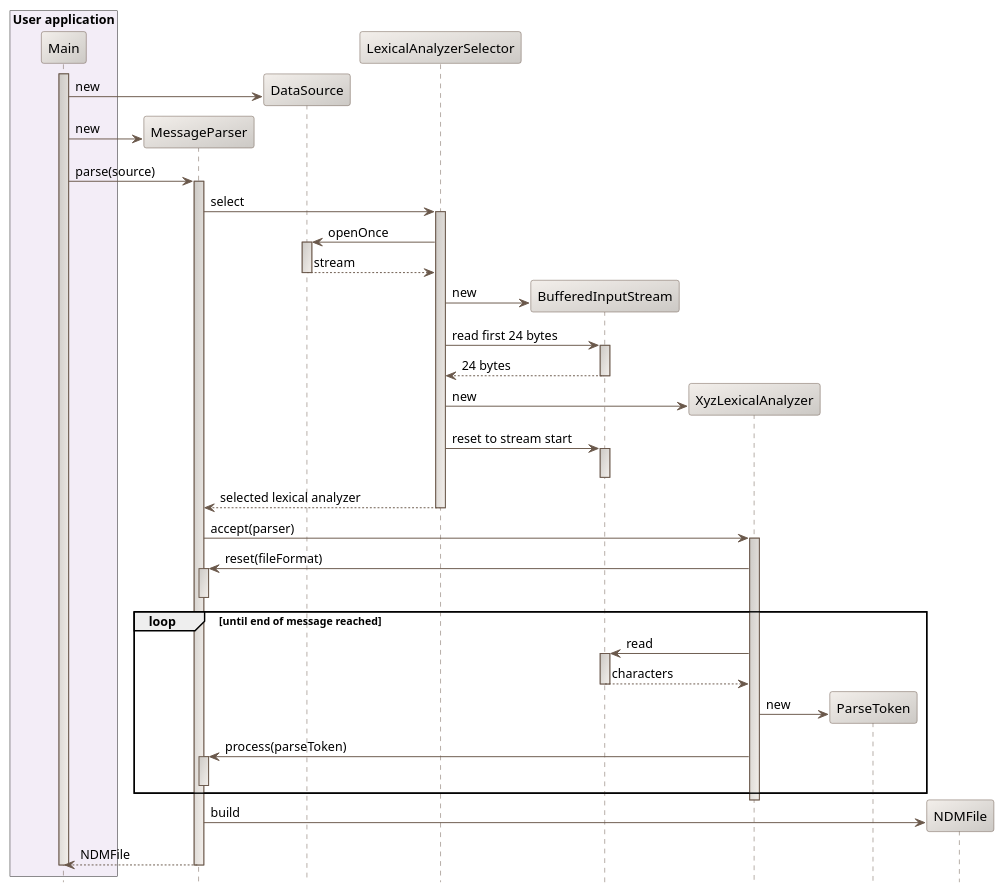
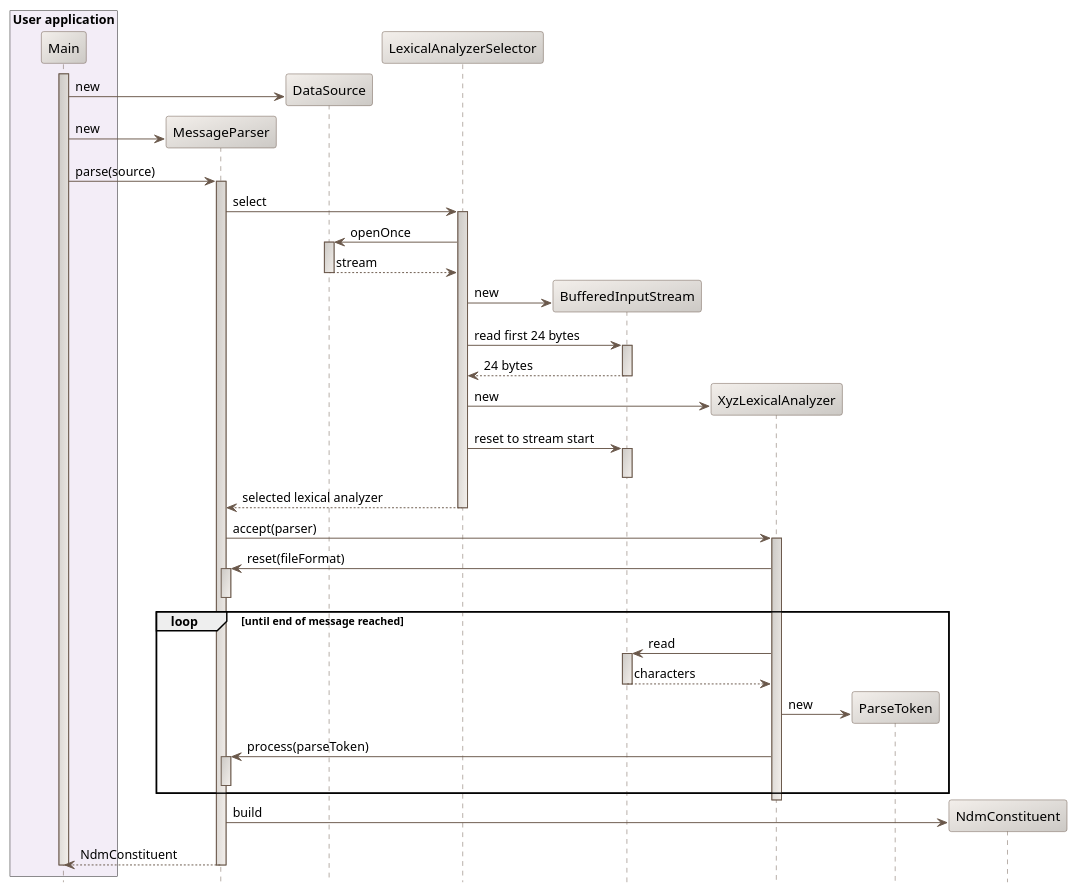
The diagram in src/design/ccsds-lexical-analysis-sequence-diagram.puml (CS-SI/Orekit), drawn with PlantUML before and after one commit. The commit also changed 44 other files, not shown here.

```diff
--- a/src/design/ccsds-lexical-analysis-sequence-diagram.puml
+++ b/src/design/ccsds-lexical-analysis-sequence-diagram.puml
@@ -17,78 +17,78 @@
 @startuml
 
   skinparam svek                                true
   skinparam NoteBackgroundColor                 #F3EFEB
   skinparam NoteBorderColor                     #691616
   skinparam NoteFontColor                       #691616
   skinparam SequenceActorBorderColor            #6A584B
   skinparam SequenceParticipantBackgroundColor  #F3EFEB/CCC9C5
   skinparam SequenceParticipantBorderColor      #6A584B
   skinparam SequenceLifeLineBackgroundColor     #CCC9C5/F3EFEB
   skinparam SequenceLifeLineBorderColor         #6A584B
   skinparam SequenceArrowColor                  #6A584B
   skinparam SequenceBorderColor                 #6A584B
   skinparam SequenceFontSize                    11
 
   hide footbox
 
   box "User application" #F3EDF7
     participant Main
   end box
   participant MessageParser
   participant DataSource
   participant LexicalAnalyzerSelector
   participant BufferedInputStream
   participant XyzLexicalAnalyzer
   participant ParseToken
-  participant NDMFile
+  participant NdmConstituent
 
   activate Main
     create DataSource
     Main -> DataSource : new
     create MessageParser
     Main -> MessageParser : new
     Main -> MessageParser : parse(source)
     activate MessageParser
       MessageParser -> LexicalAnalyzerSelector : select
       activate LexicalAnalyzerSelector
         LexicalAnalyzerSelector -> DataSource : openOnce
         activate DataSource
           return stream
         deactivate DataSource
         create BufferedInputStream
         LexicalAnalyzerSelector -> BufferedInputStream : new
         LexicalAnalyzerSelector -> BufferedInputStream : read first 24 bytes
         activate BufferedInputStream
           BufferedInputStream --> LexicalAnalyzerSelector : 24 bytes
         deactivate BufferedInputStream
         create XyzLexicalAnalyzer
         LexicalAnalyzerSelector -> XyzLexicalAnalyzer : new
         LexicalAnalyzerSelector -> BufferedInputStream : reset to stream start
         activate BufferedInputStream
         deactivate BufferedInputStream
         LexicalAnalyzerSelector --> MessageParser : selected lexical analyzer
       deactivate LexicalAnalyzerSelector
       MessageParser -> XyzLexicalAnalyzer : accept(parser)
       activate XyzLexicalAnalyzer
         XyzLexicalAnalyzer -> MessageParser : reset(fileFormat)
         activate MessageParser
         deactivate MessageParser
         loop until end of message reached
           XyzLexicalAnalyzer -> BufferedInputStream : read
           activate BufferedInputStream
             BufferedInputStream --> XyzLexicalAnalyzer : characters
           deactivate BufferedInputStream
           create ParseToken
           XyzLexicalAnalyzer -> ParseToken : new
         XyzLexicalAnalyzer -> MessageParser : process(parseToken)
         activate MessageParser
         deactivate MessageParser
         end
       deactivate XyzLexicalAnalyzer
-      create NDMFile
-      MessageParser -> NDMFile : build
-      MessageParser --> Main : NDMFile
+      create NdmConstituent
+      MessageParser -> NdmConstituent : build
+      MessageParser --> Main : NdmConstituent
     deactivate MessageParser
   deactivate Main
 
 @enduml
```
